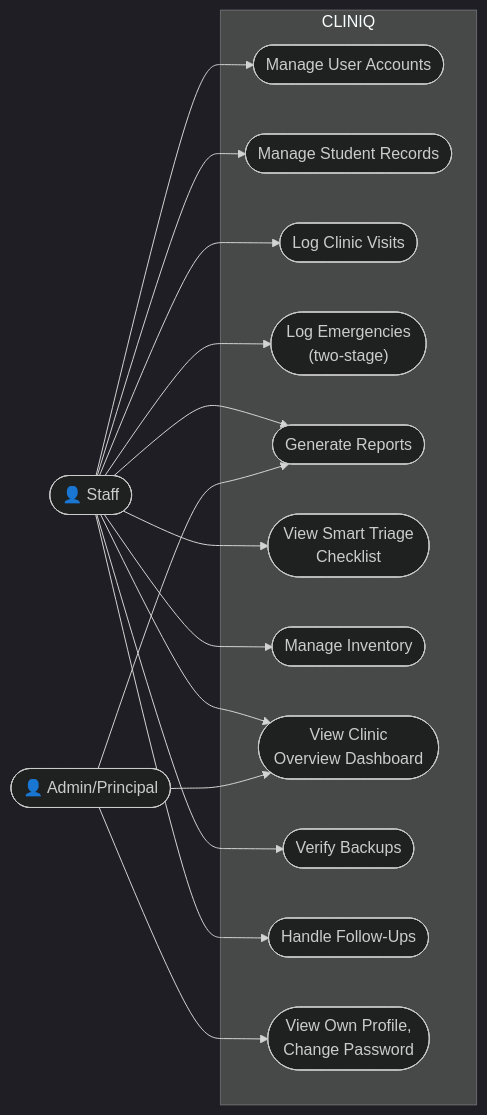
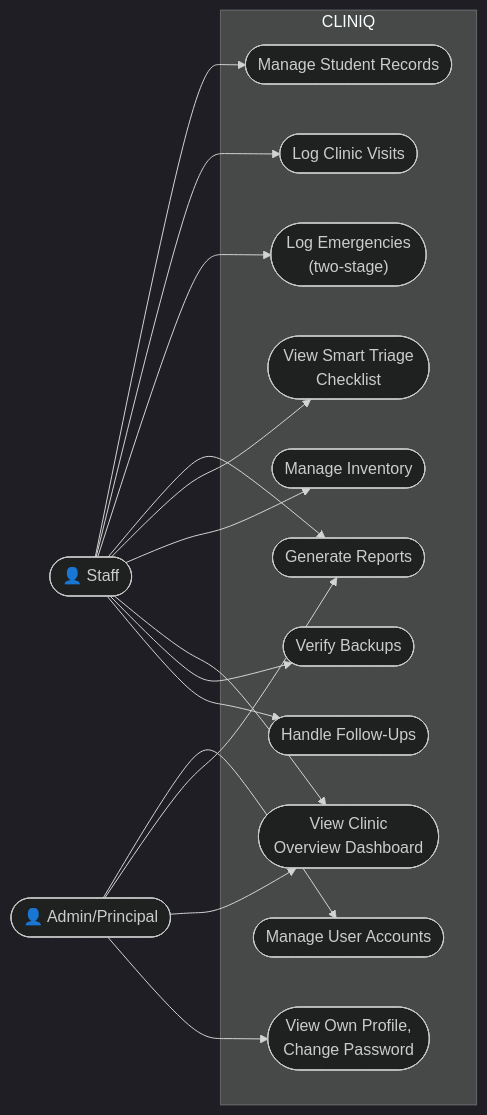
One commit to zekuuu/cliniq changed the diagram in CLINIQ-Knowledge-Base/02-Architecture/Database/Use-Case-Diagram.md. Above: the diagram before and after it, drawn with Mermaid (dark theme). The commit also changed other lines of this file and 6 other files, not shown here.

````diff
--- a/CLINIQ-Knowledge-Base/02-Architecture/Database/Use-Case-Diagram.md
+++ b/CLINIQ-Knowledge-Base/02-Architecture/Database/Use-Case-Diagram.md
@@ -7,22 +7,22 @@
 ```mermaid
 flowchart LR
     STAFF(["👤 Staff"])
     ADMIN(["👤 Admin/Principal"])
 
     subgraph System["CLINIQ"]
         UC1(["Manage User Accounts"])
         UC2(["Manage Student Records"])
         UC3(["Log Clinic Visits"])
         UC4(["Log Emergencies<br/>(two-stage)"])
         UC5(["Generate Reports"])
         UC7(["View Smart Triage<br/>Checklist"])
         UC8(["Manage Inventory"])
         UC9(["View Clinic<br/>Overview Dashboard"])
         UC10(["Verify Backups"])
         UC11(["Handle Follow-Ups"])
         UC12(["View Own Profile,<br/>Change Password"])
     end
 
-    STAFF --> UC1 & UC2 & UC3 & UC4 & UC5 & UC7 & UC8 & UC9 & UC10 & UC11
-    ADMIN --> UC5 & UC9 & UC12
+    STAFF --> UC2 & UC3 & UC4 & UC5 & UC7 & UC8 & UC9 & UC10 & UC11
+    ADMIN --> UC1 & UC5 & UC9 & UC12
 ```
````
